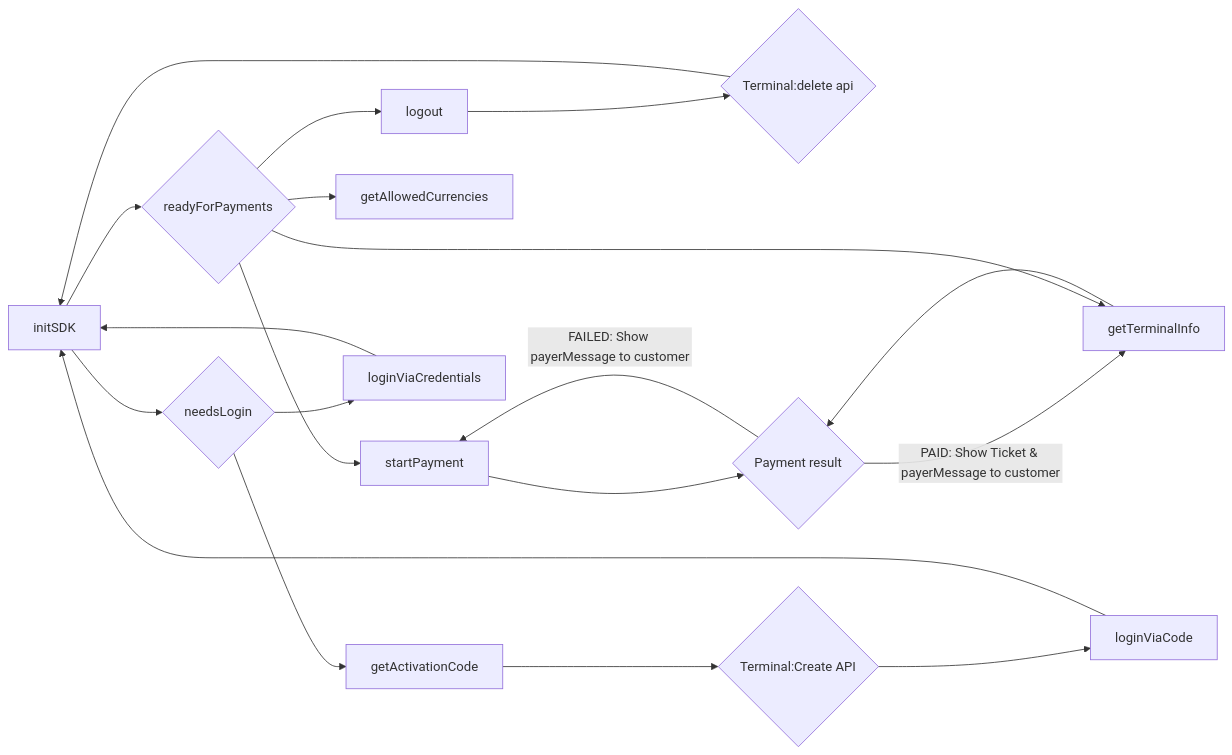
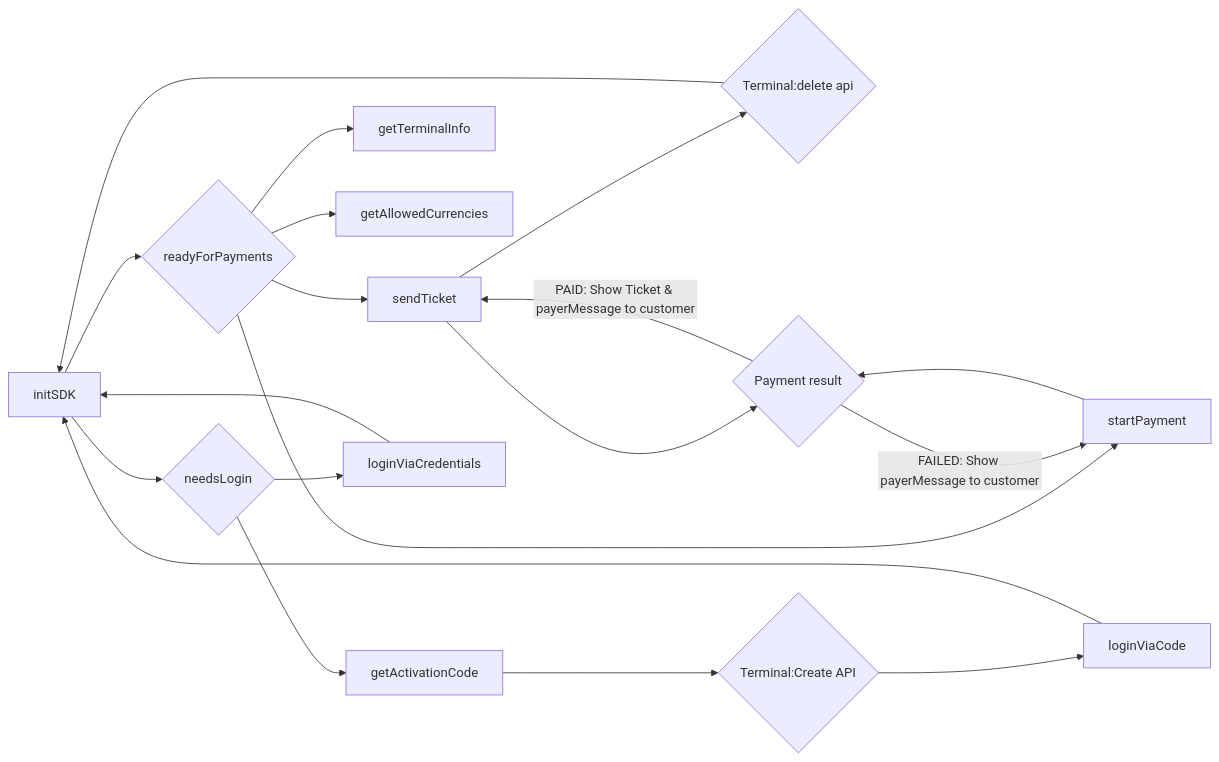
One commit to paynl/POS.SDK changed the diagram in docs/sdk-android-softpos.md. Above: the diagram before and after it, drawn with Mermaid. The commit also changed 2 other files, not shown here.

````diff
--- a/docs/sdk-android-softpos.md
+++ b/docs/sdk-android-softpos.md
@@ -88,21 +88,21 @@
 ```mermaid
 flowchart LR;
   A[initSDK] --> B{readyForPayments}
   A --> M{needsLogin}
   B --> K[logout]
   K --> L{Terminal:delete api}
   L --> A
   B --> F[startPayment]
   F --> H{Payment result}
-  H --> |PAID: Show Ticket & payerMessage to customer| I
-  I[sendTicket] --> H
+  H --> |PAID: Show Ticket & payerMessage to customer| K
+  K[sendTicket] --> H
   H --> |FAILED: Show payerMessage to customer| F
   B --> I[getTerminalInfo]
   B --> J[getAllowedCurrencies]
   M --> C[getActivationCode]
   C --> D{Terminal:Create API}
   D --> E[loginViaCode]
   E --> A
   M --> G[loginViaCredentials]
   G --> A
 ```
````
